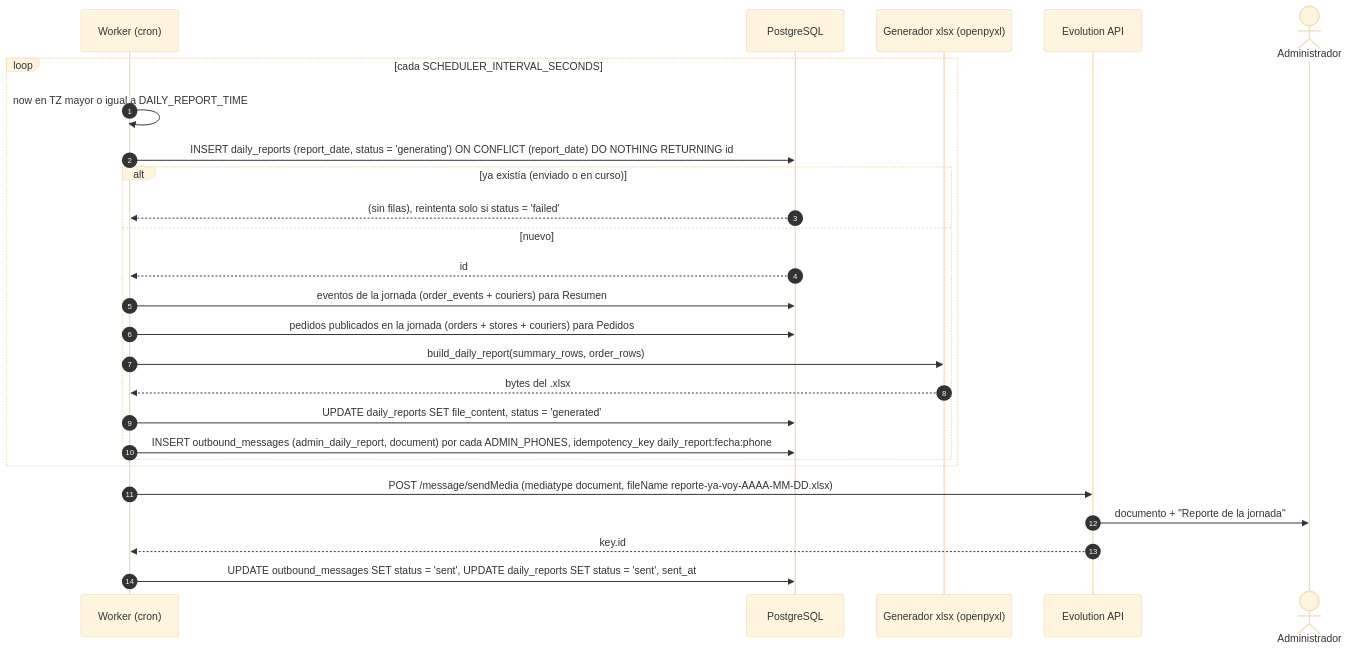
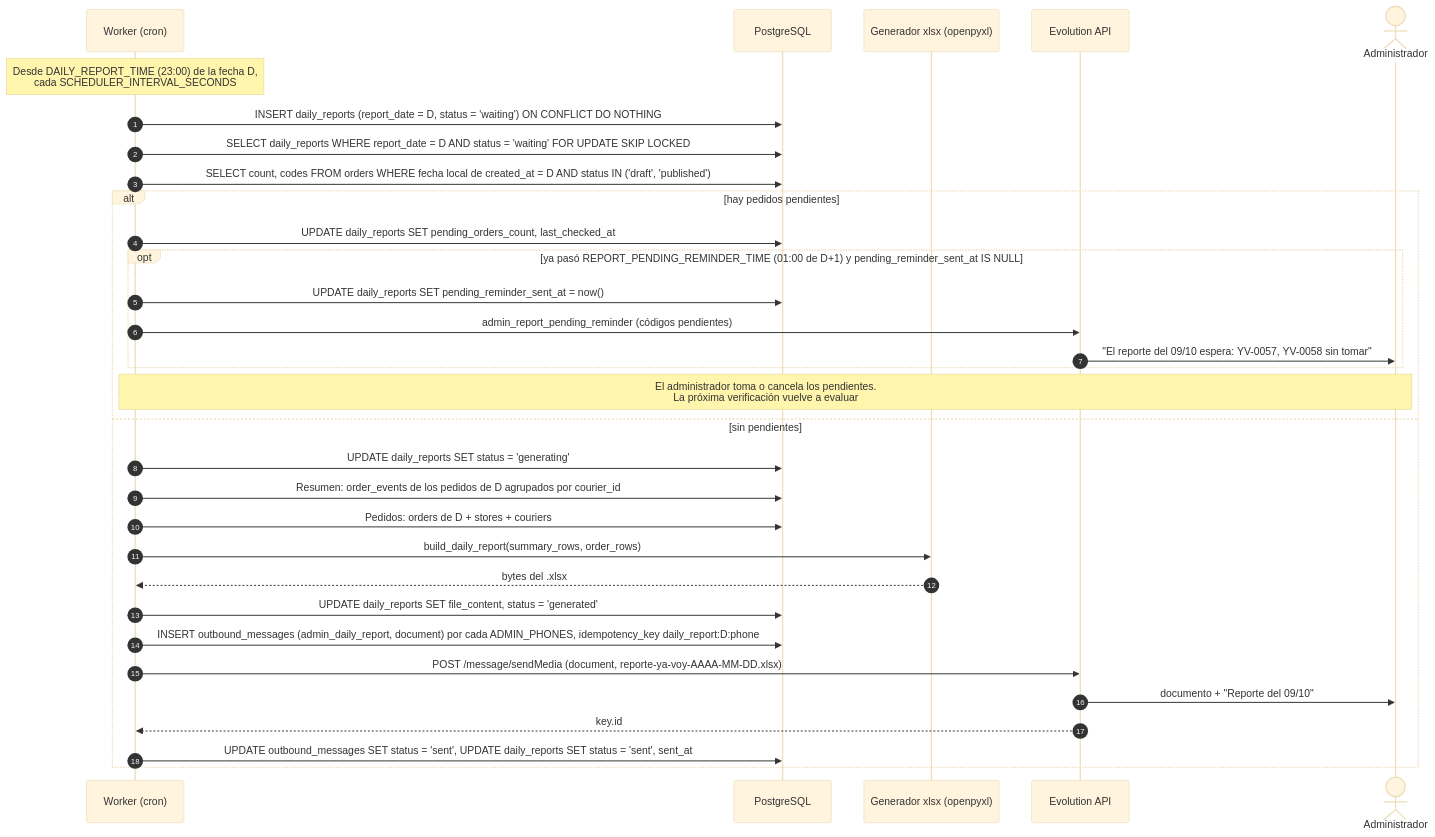
Before and after one commit to KevOrtega/ya-voy-automation-whatsapp: the fifth of 6 diagrams in docs/04-secuencias.md, drawn with Mermaid (base theme). The commit also changed other lines of this file and 8 other files, not shown here.

Commit message:
docs: drop delivery tracking, gate daily report on pending orders, add admin schedule overrides

````diff
--- a/docs/04-secuencias.md
+++ b/docs/04-secuencias.md
@@ -224,30 +225,36 @@
 ```mermaid
 sequenceDiagram
     autonumber
     participant CR as Worker (cron)
     participant DB as PostgreSQL
     participant X as Generador xlsx (openpyxl)
     participant EVO as Evolution API
     actor AD as Administrador
 
-    loop cada SCHEDULER_INTERVAL_SECONDS
-        CR->>CR: now en TZ mayor o igual a DAILY_REPORT_TIME
-        CR->>DB: INSERT daily_reports (report_date, status = 'generating') ON CONFLICT (report_date) DO NOTHING RETURNING id
-        alt ya existía (enviado o en curso)
-            DB-->>CR: (sin filas), reintenta solo si status = 'failed'
-        else nuevo
-            DB-->>CR: id
-            CR->>DB: eventos de la jornada (order_events + couriers) para Resumen
-            CR->>DB: pedidos publicados en la jornada (orders + stores + couriers) para Pedidos
-            CR->>X: build_daily_report(summary_rows, order_rows)
-            X-->>CR: bytes del .xlsx
-            CR->>DB: UPDATE daily_reports SET file_content, status = 'generated'
-            CR->>DB: INSERT outbound_messages (admin_daily_report, document) por cada ADMIN_PHONES, idempotency_key daily_report:fecha:phone
+    Note over CR: Desde DAILY_REPORT_TIME (23:00) de la fecha D,<br/>cada SCHEDULER_INTERVAL_SECONDS
+    CR->>DB: INSERT daily_reports (report_date = D, status = 'waiting') ON CONFLICT DO NOTHING
+    CR->>DB: SELECT daily_reports WHERE report_date = D AND status = 'waiting' FOR UPDATE SKIP LOCKED
+    CR->>DB: SELECT count, codes FROM orders WHERE fecha local de created_at = D AND status IN ('draft', 'published')
+
+    alt hay pedidos pendientes
+        CR->>DB: UPDATE daily_reports SET pending_orders_count, last_checked_at
+        opt ya pasó REPORT_PENDING_REMINDER_TIME (01:00 de D+1) y pending_reminder_sent_at IS NULL
+            CR->>DB: UPDATE daily_reports SET pending_reminder_sent_at = now()
+            CR->>EVO: admin_report_pending_reminder (códigos pendientes)
+            EVO->>AD: "El reporte del 09/10 espera: YV-0057, YV-0058 sin tomar"
         end
+        Note over CR,AD: El administrador toma o cancela los pendientes.<br/>La próxima verificación vuelve a evaluar
+    else sin pendientes
+        CR->>DB: UPDATE daily_reports SET status = 'generating'
+        CR->>DB: Resumen: order_events de los pedidos de D agrupados por courier_id
+        CR->>DB: Pedidos: orders de D + stores + couriers
+        CR->>X: build_daily_report(summary_rows, order_rows)
+        X-->>CR: bytes del .xlsx
+        CR->>DB: UPDATE daily_reports SET file_content, status = 'generated'
+        CR->>DB: INSERT outbound_messages (admin_daily_report, document) por cada ADMIN_PHONES, idempotency_key daily_report:D:phone
+        CR->>EVO: POST /message/sendMedia (document, reporte-ya-voy-AAAA-MM-DD.xlsx)
+        EVO->>AD: documento + "Reporte del 09/10"
+        EVO-->>CR: key.id
+        CR->>DB: UPDATE outbound_messages SET status = 'sent', UPDATE daily_reports SET status = 'sent', sent_at
     end
-
-    CR->>EVO: POST /message/sendMedia (mediatype document, fileName reporte-ya-voy-AAAA-MM-DD.xlsx)
-    EVO->>AD: documento + "Reporte de la jornada"
-    EVO-->>CR: key.id
-    CR->>DB: UPDATE outbound_messages SET status = 'sent', UPDATE daily_reports SET status = 'sent', sent_at
 ```
````
